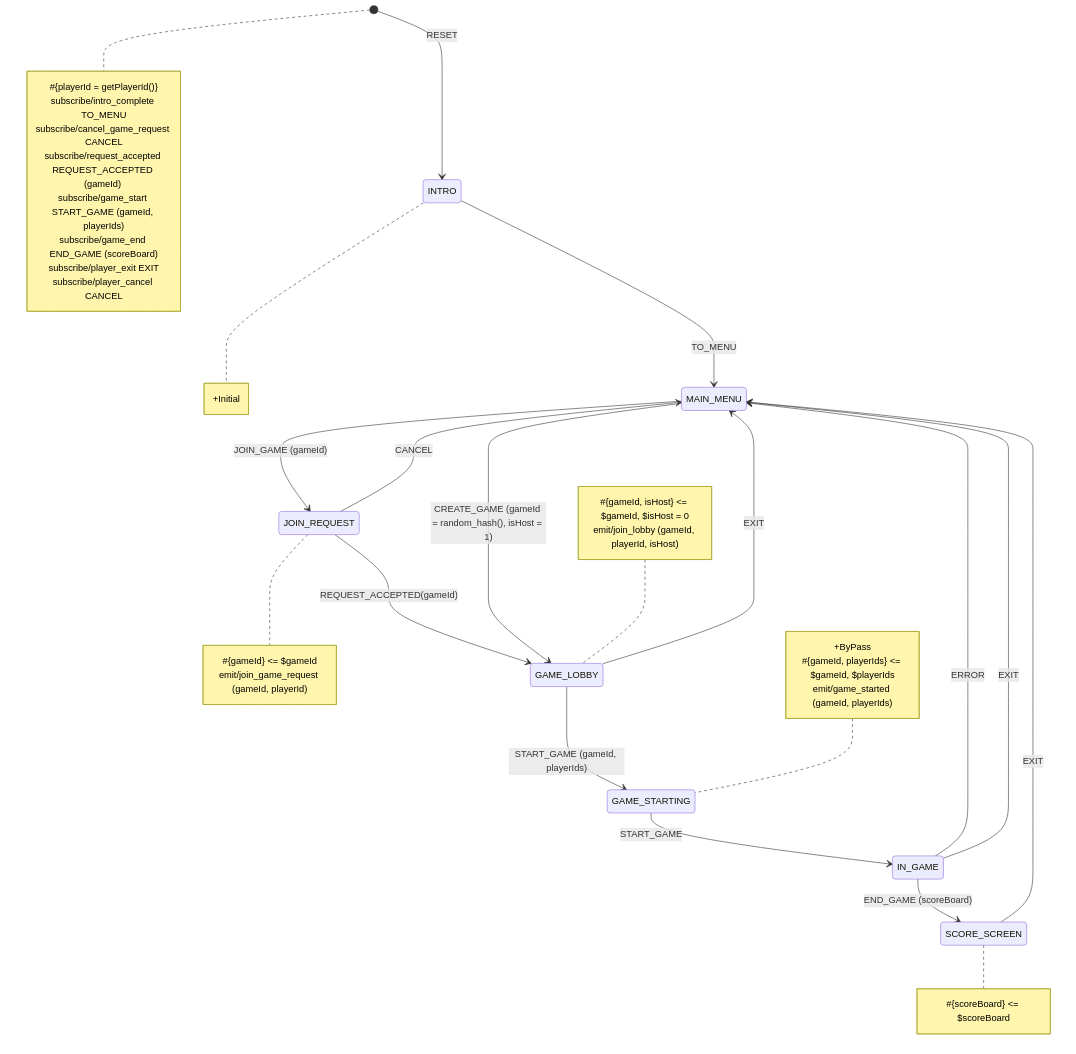
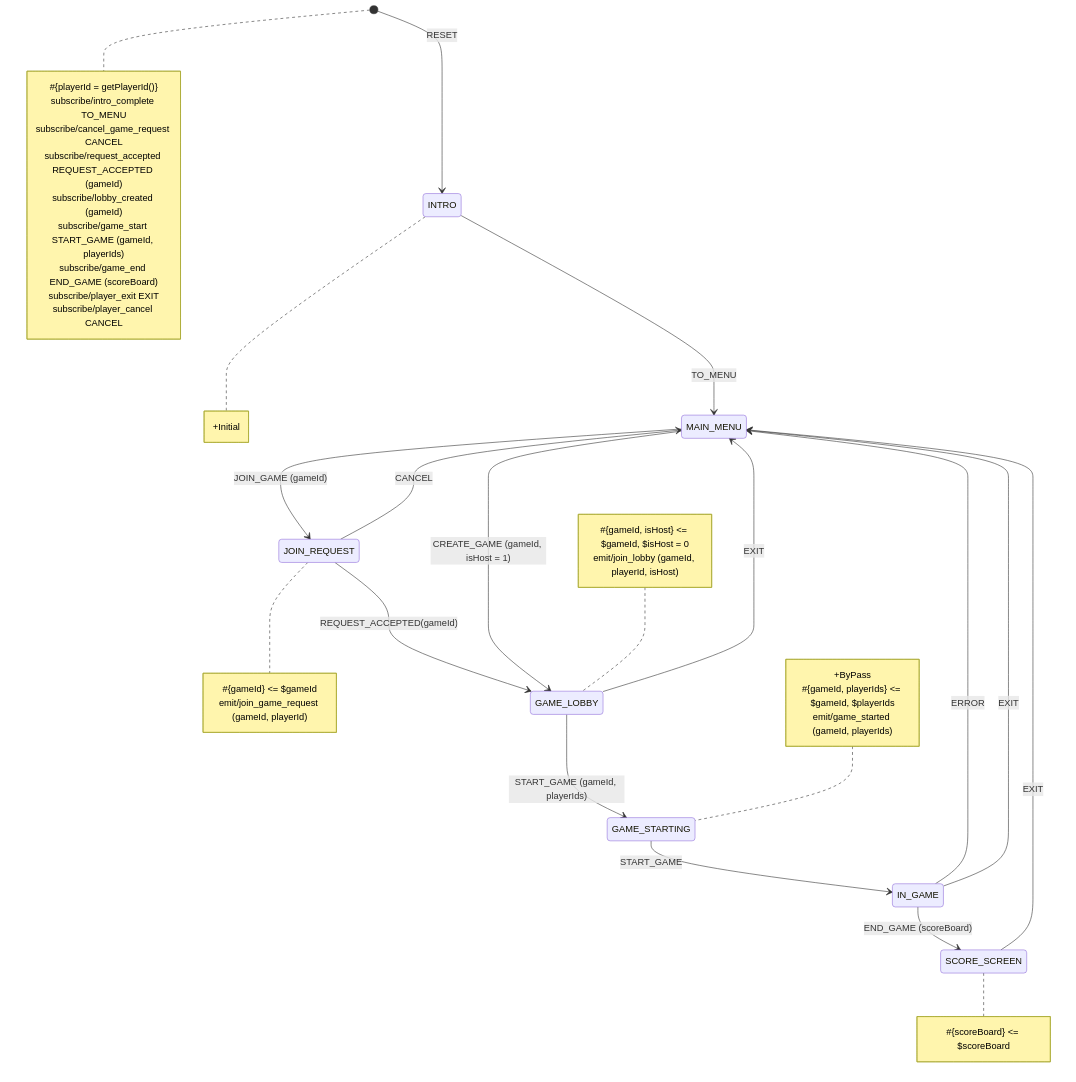
The first of 12 diagrams in docs/diagrams.md (tfcp68/battle-farm), drawn with Mermaid before and after one commit. The commit also changed other lines of this file, not shown here.

````diff
--- a/docs/diagrams.md
+++ b/docs/diagrams.md
@@ -26,49 +26,50 @@
 ```mermaid
 stateDiagram-v2
     [*] --> INTRO: RESET
     INTRO --> MAIN_MENU: TO_MENU
     GAME_LOBBY --> MAIN_MENU: EXIT
     MAIN_MENU --> JOIN_REQUEST: JOIN_GAME (gameId)
     JOIN_REQUEST --> MAIN_MENU: CANCEL
     JOIN_REQUEST --> GAME_LOBBY: REQUEST_ACCEPTED(gameId)
-    MAIN_MENU --> GAME_LOBBY: CREATE_GAME (gameId = random_hash(), isHost = 1)  
+    MAIN_MENU --> GAME_LOBBY: CREATE_GAME (gameId, isHost = 1)  
     GAME_LOBBY --> GAME_STARTING: START_GAME (gameId, playerIds)
     GAME_STARTING --> IN_GAME: START_GAME    
     IN_GAME --> SCORE_SCREEN: END_GAME (scoreBoard)
     IN_GAME --> MAIN_MENU: ERROR
     IN_GAME --> MAIN_MENU: EXIT
     SCORE_SCREEN --> MAIN_MENU: EXIT
 
 note right of [*]
 #{playerId = getPlayerId()}
 subscribe/intro_complete TO_MENU
 subscribe/cancel_game_request CANCEL
-subscribe/request_accepted REQUEST_ACCEPTED (gameId) 
+subscribe/request_accepted REQUEST_ACCEPTED (gameId)
+subscribe/lobby_created (gameId)
 subscribe/game_start START_GAME (gameId, playerIds)
 subscribe/game_end END_GAME (scoreBoard)
 subscribe/player_exit EXIT
 subscribe/player_cancel CANCEL
 end note 
 
 note right of INTRO
 +Initial
 end note
 
 note left of GAME_LOBBY
 #{gameId, isHost} <= $gameId, $isHost = 0
 emit/join_lobby (gameId, playerId, isHost)
 end note 
 
 note right of JOIN_REQUEST
 #{gameId} <= $gameId
 emit/join_game_request (gameId, playerId)
 end note
 note left of GAME_STARTING
 +ByPass
 #{gameId, playerIds} <= $gameId, $playerIds
 emit/game_started (gameId, playerIds)
 end note
 note right of SCORE_SCREEN
 #{scoreBoard} <= $scoreBoard
 end note
 ```
````
